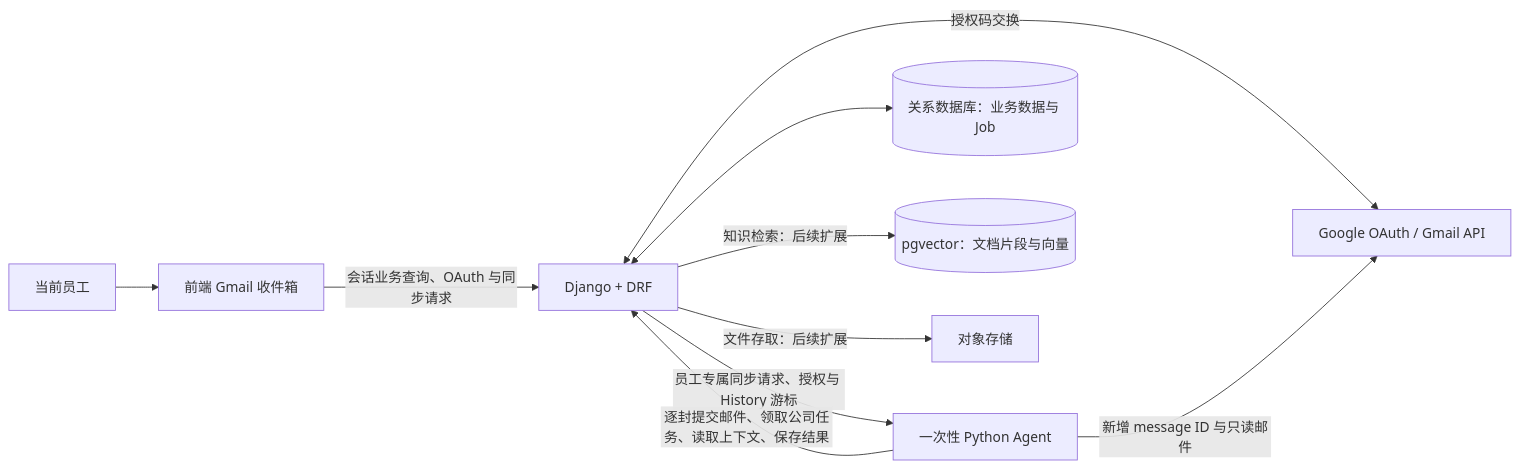
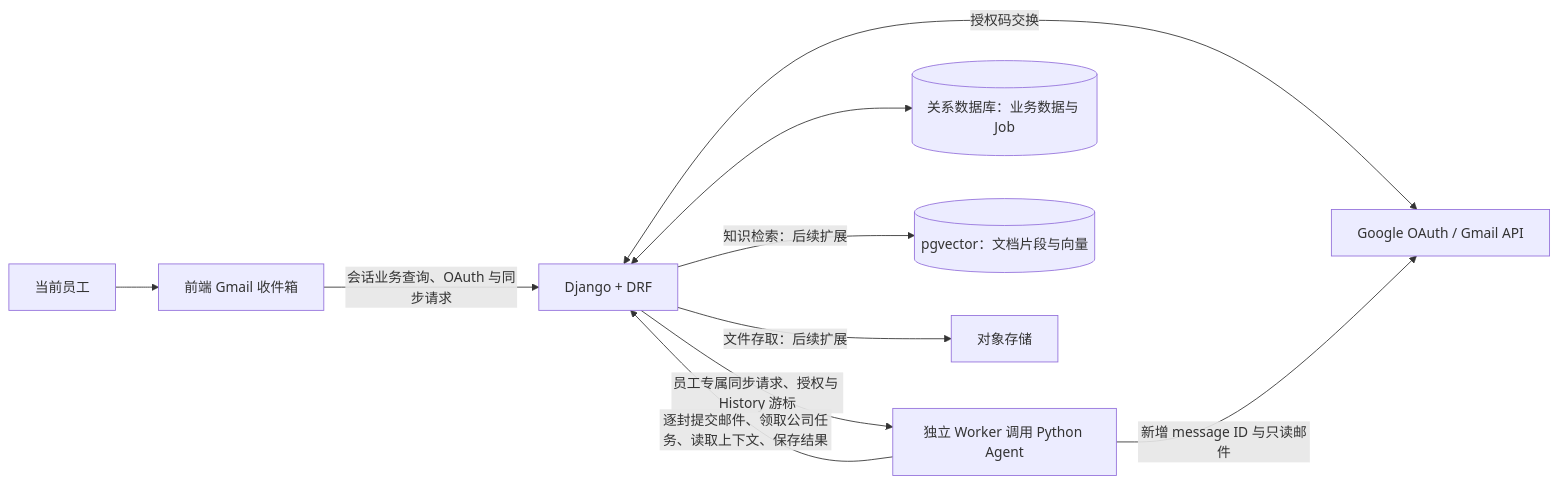
One commit to heropig114514/SalesMate changed the diagram in backend/docs/architecture-and-tech-stack.md. Above: the diagram before and after it, drawn with Mermaid. The commit also changed other lines of this file and 53 other files, not shown here.

````diff
--- a/backend/docs/architecture-and-tech-stack.md
+++ b/backend/docs/architecture-and-tech-stack.md
@@ -17,12 +17,12 @@
 ```mermaid
 flowchart LR
     U[当前员工] --> F[前端 Gmail 收件箱]
     F -->|会话业务查询、OAuth 与同步请求| B[Django + DRF]
     B <-->|授权码交换| G[Google OAuth / Gmail API]
-    B -->|员工专属同步请求、授权与 History 游标| A[一次性 Python Agent]
+    B -->|员工专属同步请求、授权与 History 游标| A[独立 Worker 调用 Python Agent]
     A -->|新增 message ID 与只读邮件| G
     A -->|逐封提交邮件、领取公司任务、读取上下文、保存结果| B
     B <--> D[(关系数据库：业务数据与 Job)]
     B -->|知识检索：后续扩展| V[(pgvector：文档片段与向量)]
     B -->|文件存取：后续扩展| S[对象存储]
 ```
````
